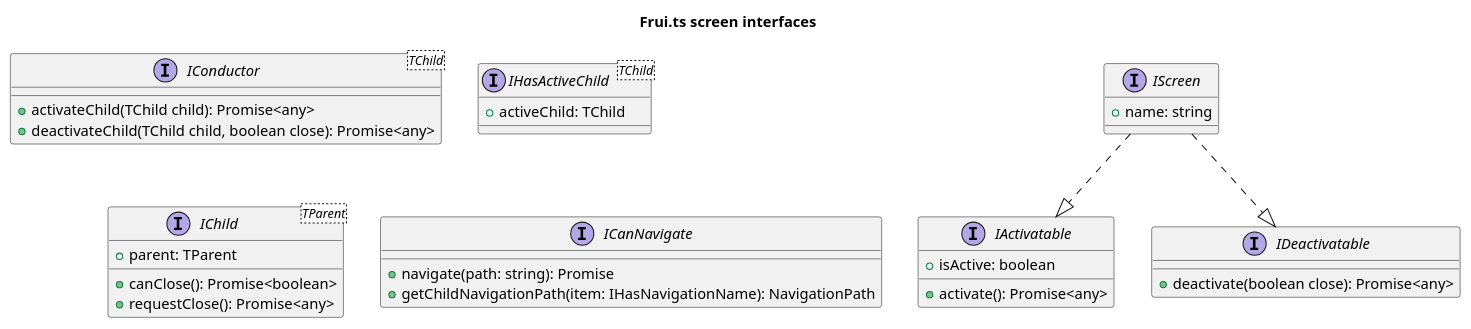
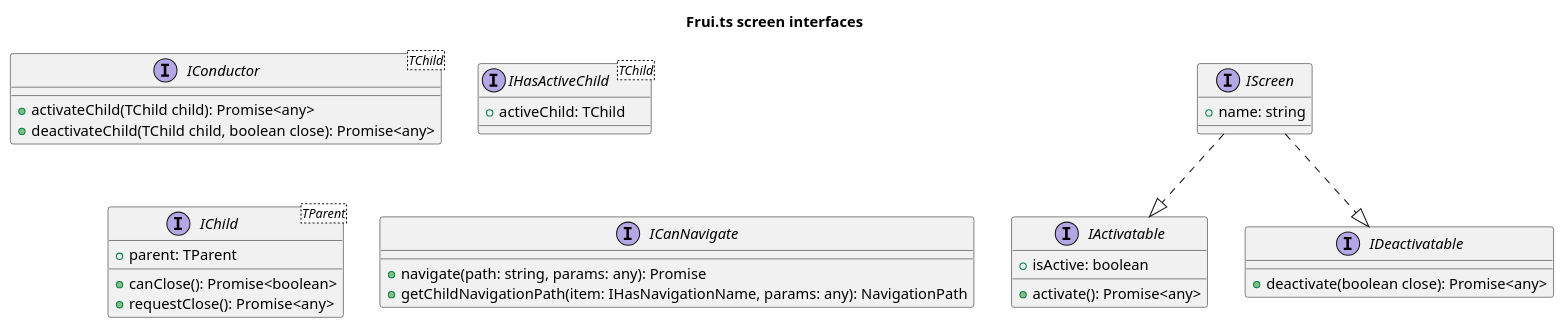
The diagram in packages/screens/interfaces.puml (eManPrague/frui.ts), drawn with PlantUML before and after one commit. The commit also changed 32 other files, not shown here.

Commit message:
Navigation now supports query params

```diff
--- a/packages/screens/interfaces.puml
+++ b/packages/screens/interfaces.puml
@@ -1,42 +1,42 @@
 @startuml
 
 title Frui.ts screen interfaces
 
 interface IActivatable {
   +isActive: boolean
 
   +activate(): Promise<any>
 }
 
 interface IDeactivatable {
   +deactivate(boolean close): Promise<any>
 }
 
 interface IScreen {
   +name: string
 }
 
 IScreen ..|> IActivatable
 IScreen ..|> IDeactivatable
 
 interface IConductor<TChild> {
   +activateChild(TChild child): Promise<any>
   +deactivateChild(TChild child, boolean close): Promise<any>
 }
 
 interface IHasActiveChild<TChild> {
   +activeChild: TChild
 }
 
 interface IChild<TParent> {
   +parent: TParent
   +canClose(): Promise<boolean>
   +requestClose(): Promise<any>
 }
 
 interface ICanNavigate {
-  +navigate(path: string): Promise
-  +getChildNavigationPath(item: IHasNavigationName): NavigationPath
+  +navigate(path: string, params: any): Promise
+  +getChildNavigationPath(item: IHasNavigationName, params: any): NavigationPath
 }
 
 @enduml
```
